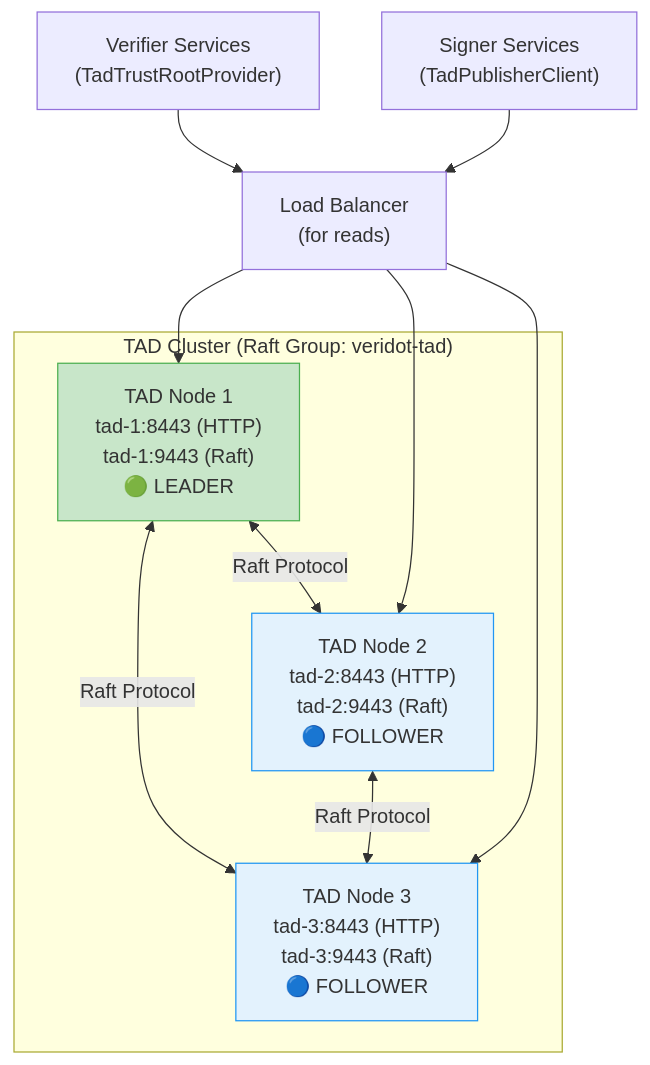
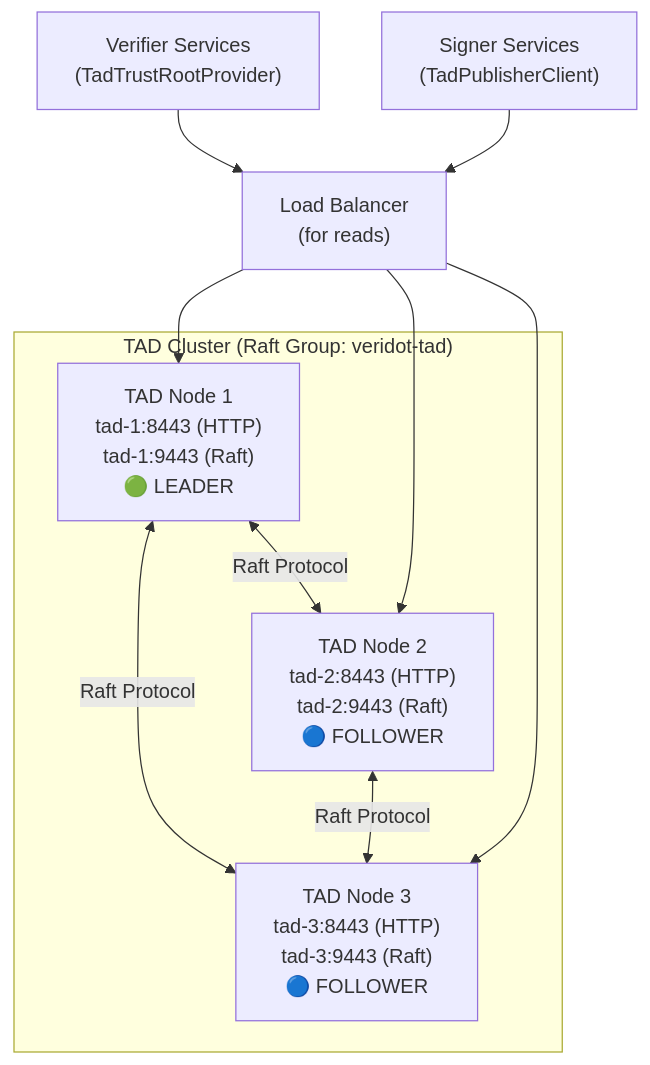
The first of 3 diagrams in docs/docs/modules/veridot-trustroots/tad-deployment.md (cyfko/veridot), drawn with Mermaid before and after one commit. The commit also changed 25 other files, not shown here.

First line of the commit message:
style: remove colorful fill styles from Mermaid diagrams

````diff
--- a/docs/docs/modules/veridot-trustroots/tad-deployment.md
+++ b/docs/docs/modules/veridot-trustroots/tad-deployment.md
@@ -21,24 +21,21 @@
 ```mermaid
 graph TB
     subgraph "TAD Cluster (Raft Group: veridot-tad)"
         N1["TAD Node 1<br/>tad-1:8443 (HTTP)<br/>tad-1:9443 (Raft)<br/>🟢 LEADER"]
         N2["TAD Node 2<br/>tad-2:8443 (HTTP)<br/>tad-2:9443 (Raft)<br/>🔵 FOLLOWER"]
         N3["TAD Node 3<br/>tad-3:8443 (HTTP)<br/>tad-3:9443 (Raft)<br/>🔵 FOLLOWER"]
 
         N1 <-->|Raft Protocol| N2
         N1 <-->|Raft Protocol| N3
         N2 <-->|Raft Protocol| N3
     end
 
     LB["Load Balancer<br/>(for reads)"]
     LB --> N1
     LB --> N2
     LB --> N3
 
     Client["Verifier Services<br/>(TadTrustRootProvider)"] --> LB
     Publisher["Signer Services<br/>(TadPublisherClient)"] --> LB
 
-    style N1 fill:#c8e6c9,stroke:#4caf50
-    style N2 fill:#e3f2fd,stroke:#2196f3
-    style N3 fill:#e3f2fd,stroke:#2196f3
 ```
````
